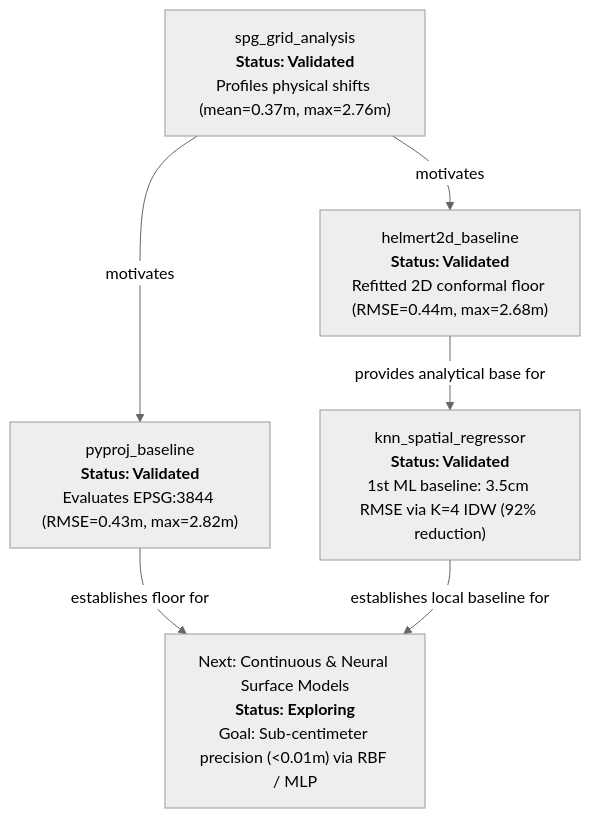
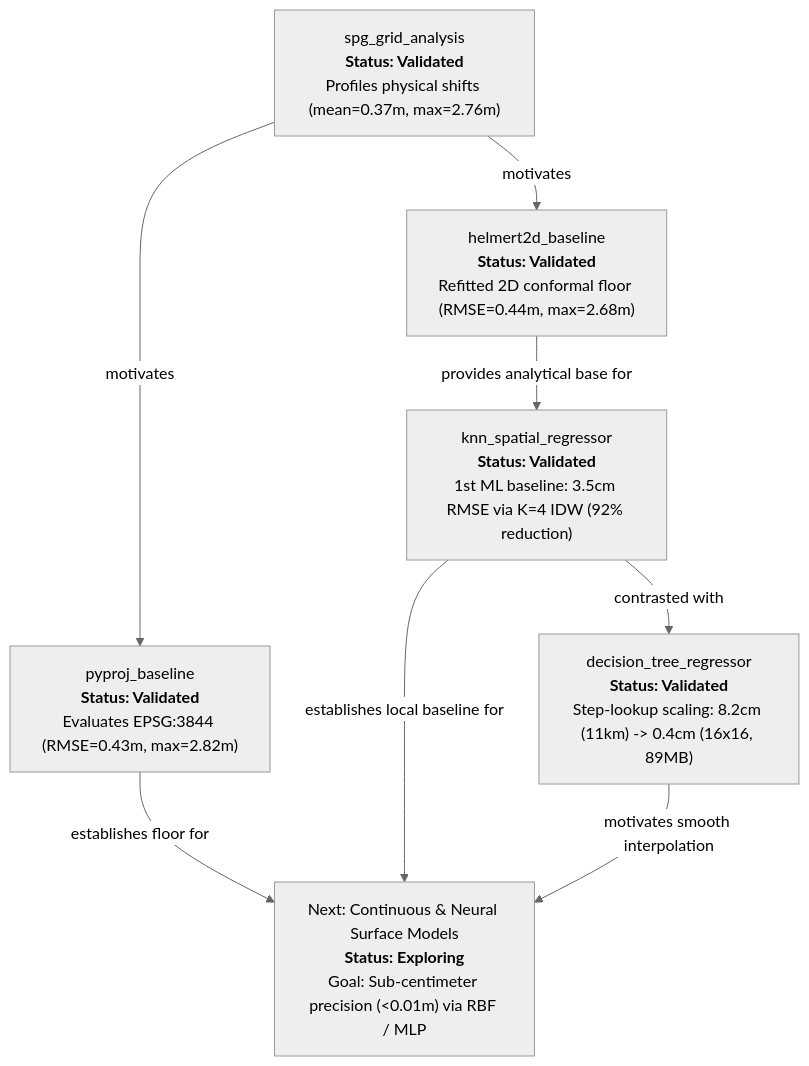
The diagram in docs/research/roadmap.md (bogdanmorosanu/ml_transdat), drawn with Mermaid (neutral theme) before and after one commit. The commit also changed other lines of this file and 1 other file, not shown here.

Commit message:
docs(research): sync roadmap and narrative for decision_tree_regressor

````diff
--- a/docs/research/roadmap.md
+++ b/docs/research/roadmap.md
@@ -11,14 +11,17 @@
 ```mermaid
 flowchart TD
     SPG["spg_grid_analysis<br><b>Status: Validated</b><br>Profiles physical shifts (mean=0.37m, max=2.76m)"]
     PROJ["pyproj_baseline<br><b>Status: Validated</b><br>Evaluates EPSG:3844 (RMSE=0.43m, max=2.82m)"]
     H2D["helmert2d_baseline<br><b>Status: Validated</b><br>Refitted 2D conformal floor (RMSE=0.44m, max=2.68m)"]
     KNN["knn_spatial_regressor<br><b>Status: Validated</b><br>1st ML baseline: 3.5cm RMSE via K=4 IDW (92% reduction)"]
+    DT["decision_tree_regressor<br><b>Status: Validated</b><br>Step-lookup scaling: 8.2cm (11km) -> 0.4cm (16x16, 89MB)"]
     ML["Next: Continuous & Neural Surface Models<br><b>Status: Exploring</b><br>Goal: Sub-centimeter precision (<0.01m) via RBF / MLP"]
 
     SPG -->|"motivates"| PROJ
     SPG -->|"motivates"| H2D
     PROJ -->|"establishes floor for"| ML
     H2D -->|"provides analytical base for"| KNN
     KNN -->|"establishes local baseline for"| ML
+    KNN -->|"contrasted with"| DT
+    DT -->|"motivates smooth interpolation"| ML
 ```
````
